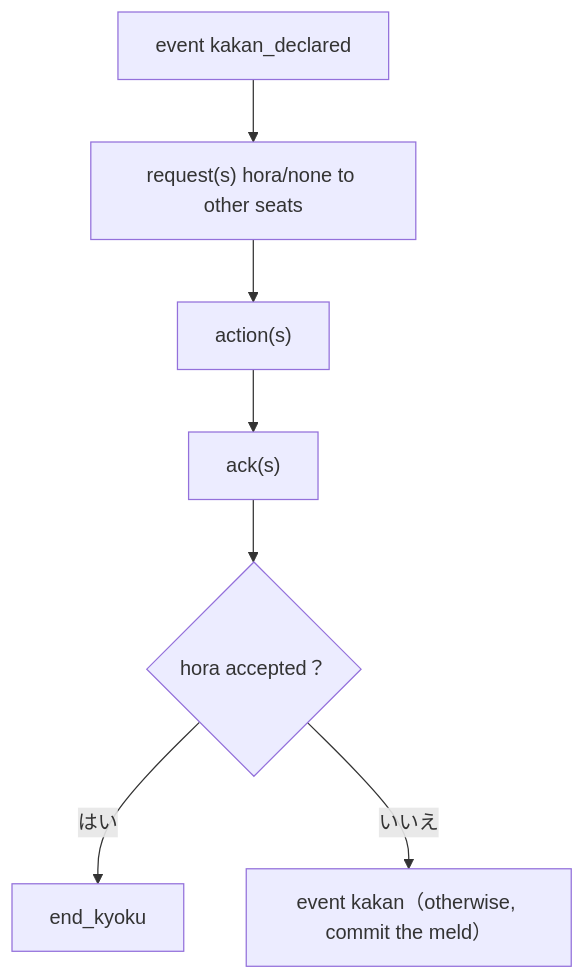
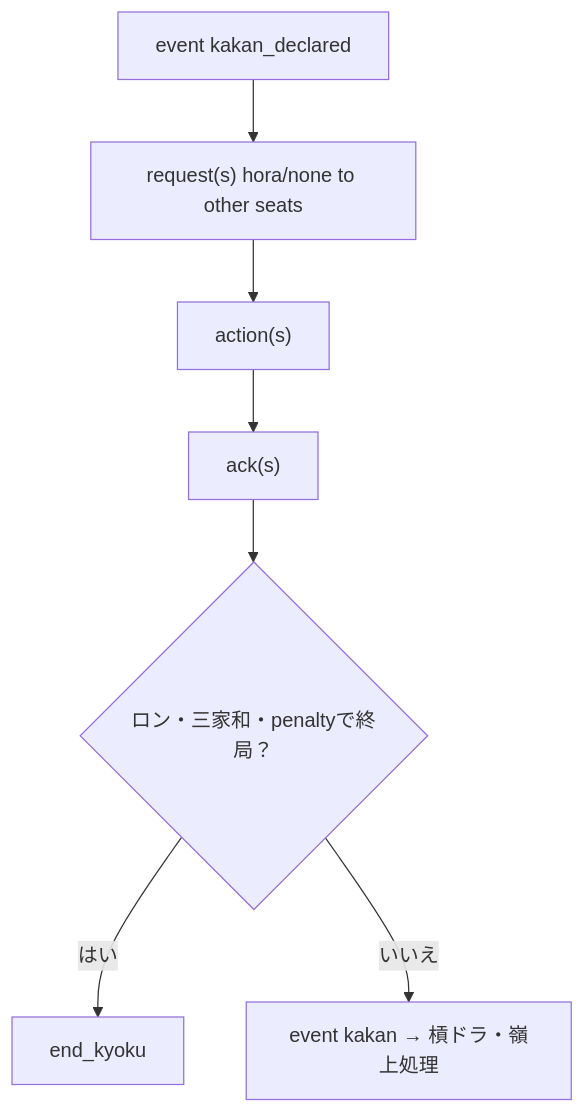
Before and after one commit to SuzumiyaAoba/YAMAI: the second of 7 diagrams in docs/yamai-protocol.md, drawn with Mermaid. The commit also changed other lines of this file and 36 other files, not shown here.

Commit message:
fix(protocol): resolve snapshot recovery and schema inconsistencies

````diff
--- a/docs/yamai-protocol.md
+++ b/docs/yamai-protocol.md
@@ -1633,9 +1641,9 @@
 ```mermaid
 flowchart TD
   A["event kakan_declared"] --> B["request(s) hora/none to other seats"]
   B --> C["action(s)"]
   C --> D["ack(s)"]
-  D --> E{"hora accepted？"}
+  D --> E{"ロン・三家和・penaltyで終局？"}
   E -->|はい| F["end_kyoku"]
-  E -->|いいえ| G["event kakan（otherwise, commit the meld）"]
+  E -->|いいえ| G["event kakan → 槓ドラ・嶺上処理"]
 ```
````
